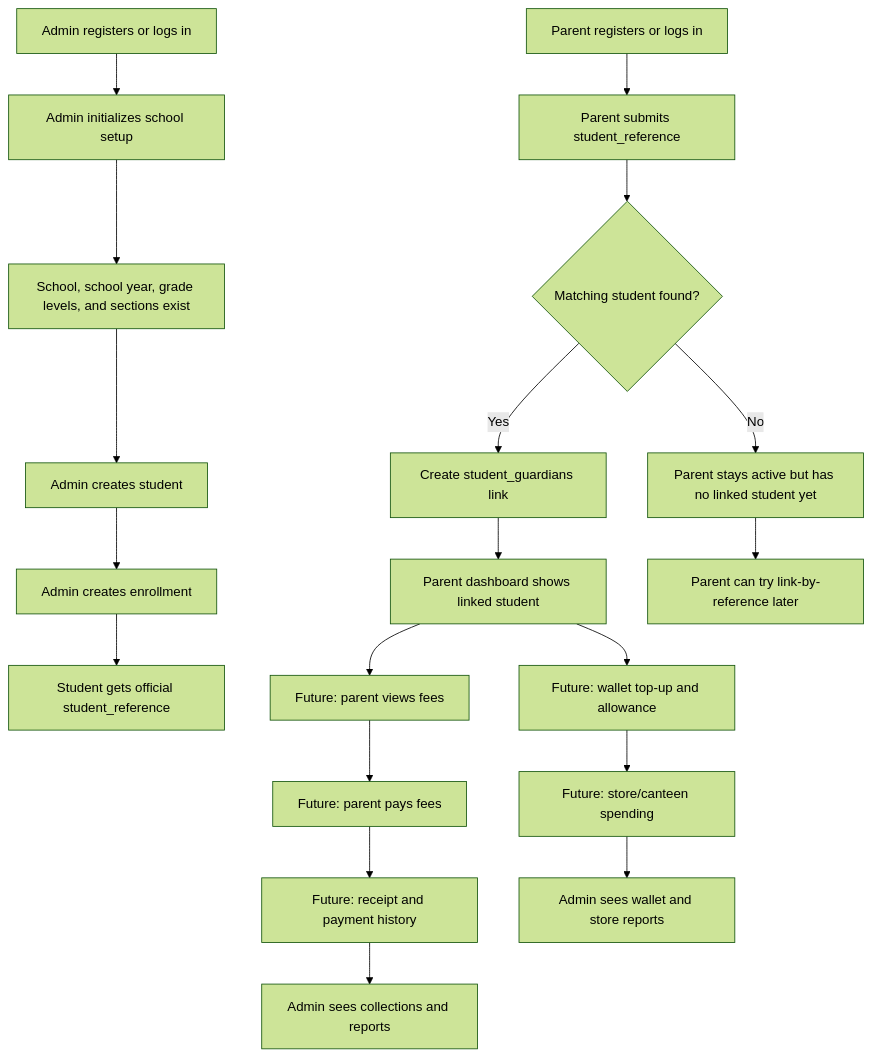
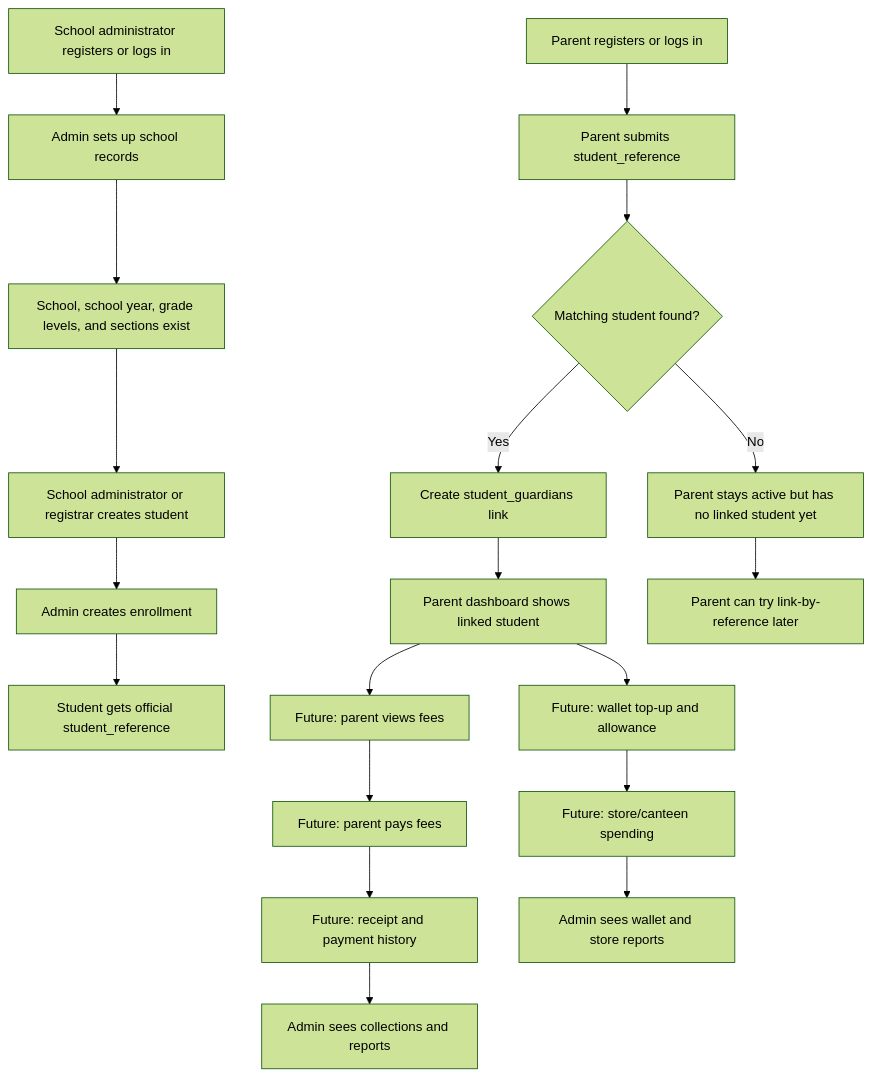
Before and after one commit to Xeyn19/xmetapay: the first of 14 diagrams in docs/PROJECT_FLOWCHARTS.md, drawn with Mermaid (forest theme). The commit also changed other lines of this file and 28 other files, not shown here.

````diff
--- a/docs/PROJECT_FLOWCHARTS.md
+++ b/docs/PROJECT_FLOWCHARTS.md
@@ -54,24 +56,24 @@
 ```mermaid
 flowchart TD
-  A["Admin registers or logs in"] --> B["Admin initializes school setup"]
+  A["School administrator registers or logs in"] --> B["Admin sets up school records"]
   B --> C["School, school year, grade levels, and sections exist"]
-  C --> D["Admin creates student"]
+  C --> D["School administrator or registrar creates student"]
   D --> E["Admin creates enrollment"]
   E --> F["Student gets official student_reference"]
 
   G["Parent registers or logs in"] --> H["Parent submits student_reference"]
   H --> I{"Matching student found?"}
   I -->|Yes| J["Create student_guardians link"]
   I -->|No| K["Parent stays active but has no linked student yet"]
   J --> L["Parent dashboard shows linked student"]
   K --> M["Parent can try link-by-reference later"]
 
   L --> N["Future: parent views fees"]
   N --> O["Future: parent pays fees"]
   O --> P["Future: receipt and payment history"]
   L --> Q["Future: wallet top-up and allowance"]
   Q --> R["Future: store/canteen spending"]
 
   P --> S["Admin sees collections and reports"]
   R --> T["Admin sees wallet and store reports"]
 ```
````
